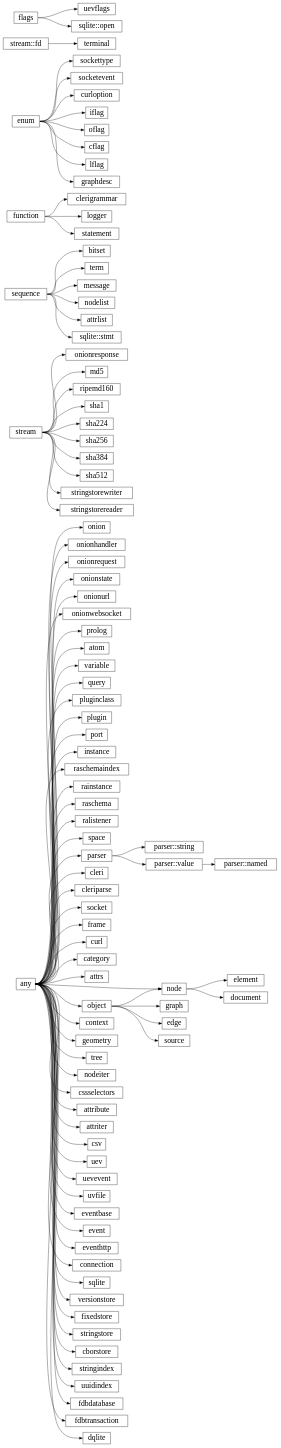
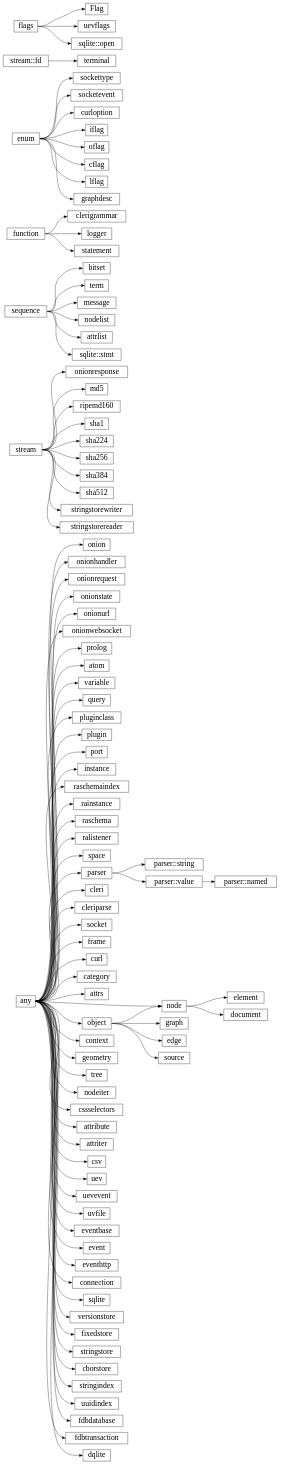
The diagram in docs/library/hierarchy.rst (wrapl/minilang-libs), drawn with Graphviz before and after one commit. The commit also changed 26 other files, not shown here.

```diff
--- a/docs/library/hierarchy.rst
+++ b/docs/library/hierarchy.rst
@@ -64,6 +64,7 @@
       "any":e -> "context":w;
       "any":e -> "geometry":w;
       "any":e -> "tree":w;
+      "flags":e -> "Flag":w;
       "any":e -> "node":w;
       "sequence":e -> "nodelist":w;
       "any":e -> "nodeiter":w;
```
